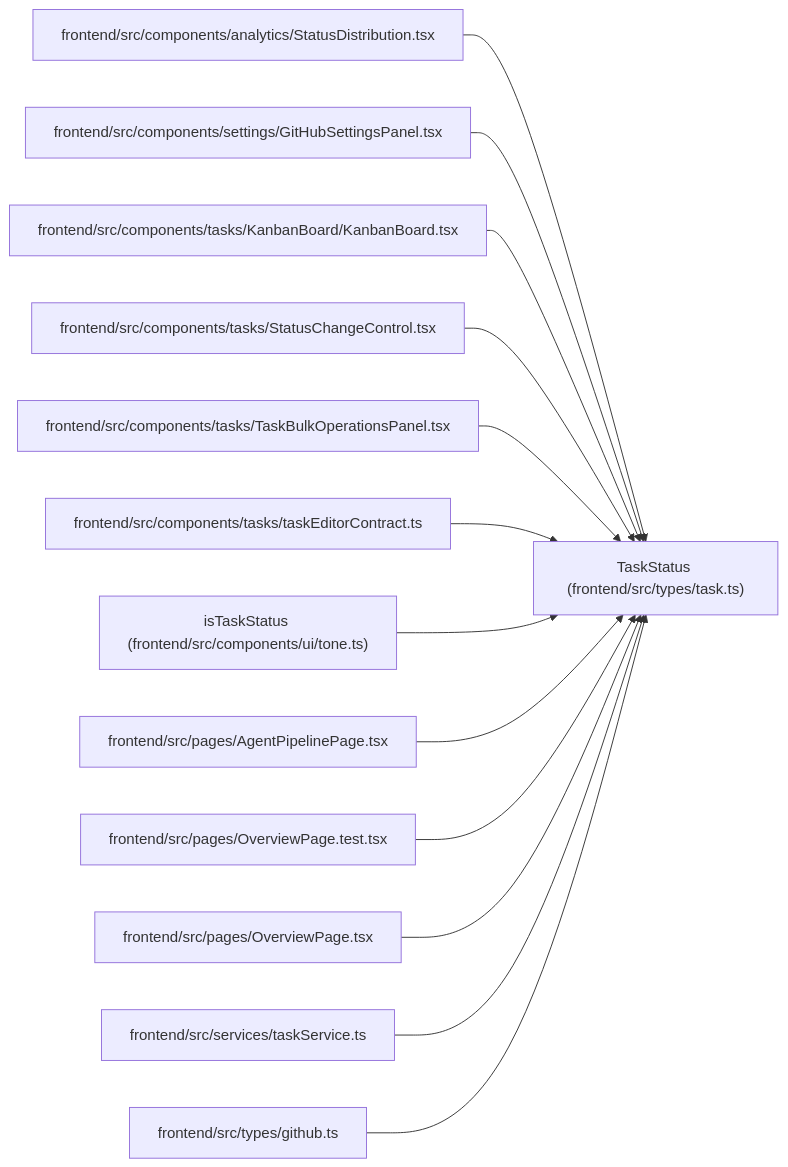
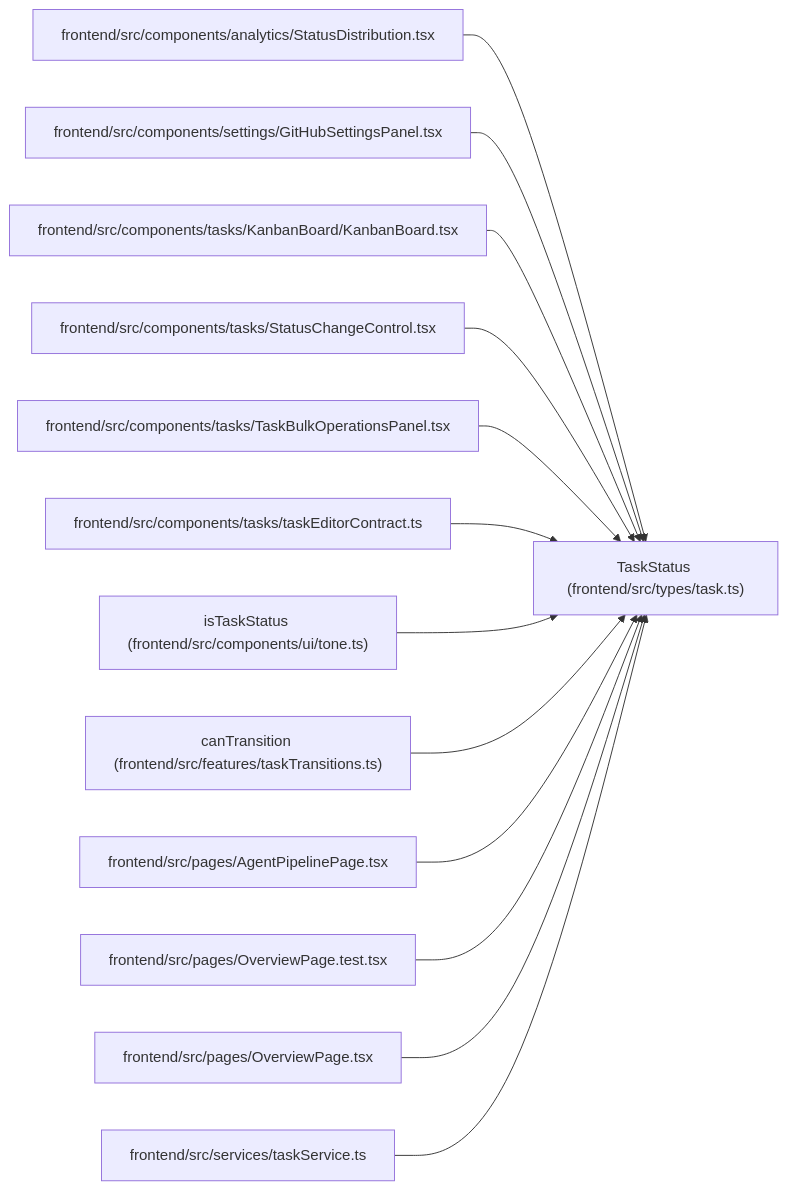
The diagram in docs/llm_wiki/entities/types_task_TaskStatus.md (Denissvgn/WorkChord), drawn with Mermaid before and after one commit. The commit also changed other lines of this file and 382 other files, not shown here.

````diff
--- a/docs/llm_wiki/entities/types_task_TaskStatus.md
+++ b/docs/llm_wiki/entities/types_task_TaskStatus.md
@@ -28,41 +28,41 @@
 ```mermaid
 flowchart LR
     n0["TaskStatus (frontend/src/types/task.ts)"]
     n1["frontend/src/components/analytics/StatusDistribution.tsx"]
     n2["frontend/src/components/settings/GitHubSettingsPanel.tsx"]
     n3["frontend/src/components/tasks/KanbanBoard/KanbanBoard.tsx"]
     n4["frontend/src/components/tasks/StatusChangeControl.tsx"]
     n5["frontend/src/components/tasks/TaskBulkOperationsPanel.tsx"]
     n6["frontend/src/components/tasks/taskEditorContract.ts"]
     n7["isTaskStatus (frontend/src/components/ui/tone.ts)"]
-    n8["frontend/src/pages/AgentPipelinePage.tsx"]
-    n9["frontend/src/pages/OverviewPage.test.tsx"]
-    n10["frontend/src/pages/OverviewPage.tsx"]
-    n11["frontend/src/services/taskService.ts"]
-    n12["frontend/src/types/github.ts"]
+    n8["canTransition (frontend/src/features/taskTransitions.ts)"]
+    n9["frontend/src/pages/AgentPipelinePage.tsx"]
+    n10["frontend/src/pages/OverviewPage.test.tsx"]
+    n11["frontend/src/pages/OverviewPage.tsx"]
+    n12["frontend/src/services/taskService.ts"]
     n1 --> n0
     n2 --> n0
     n3 --> n0
     n4 --> n0
     n5 --> n0
     n6 --> n0
     n7 --> n0
     n8 --> n0
     n9 --> n0
     n10 --> n0
     n11 --> n0
     n12 --> n0
     click n0 "../modules/types_task.md"
     click n1 "../modules/StatusDistribution.md"
     click n2 "../modules/GitHubSettingsPanel.md"
     click n3 "../modules/KanbanBoard.md"
     click n4 "../modules/StatusChangeControl.md"
     click n5 "../modules/TaskBulkOperationsPanel.md"
     click n6 "../modules/taskEditorContract.md"
     click n7 "../modules/tone.md"
-    click n8 "../modules/AgentPipelinePage.md"
-    click n9 "../modules/OverviewPage.test.md"
-    click n10 "../modules/OverviewPage.md"
-    click n11 "../modules/taskService.md"
-    click n12 "../modules/types_github.md"
+    click n8 "../modules/taskTransitions.md"
+    click n9 "../modules/AgentPipelinePage.md"
+    click n10 "../modules/OverviewPage.test.md"
+    click n11 "../modules/OverviewPage.md"
+    click n12 "../modules/taskService.md"
 ```
````
